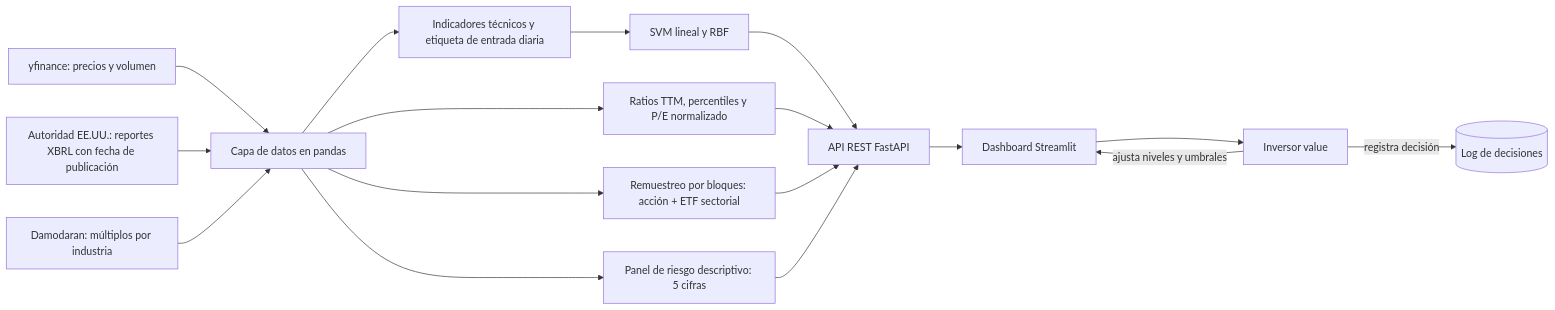
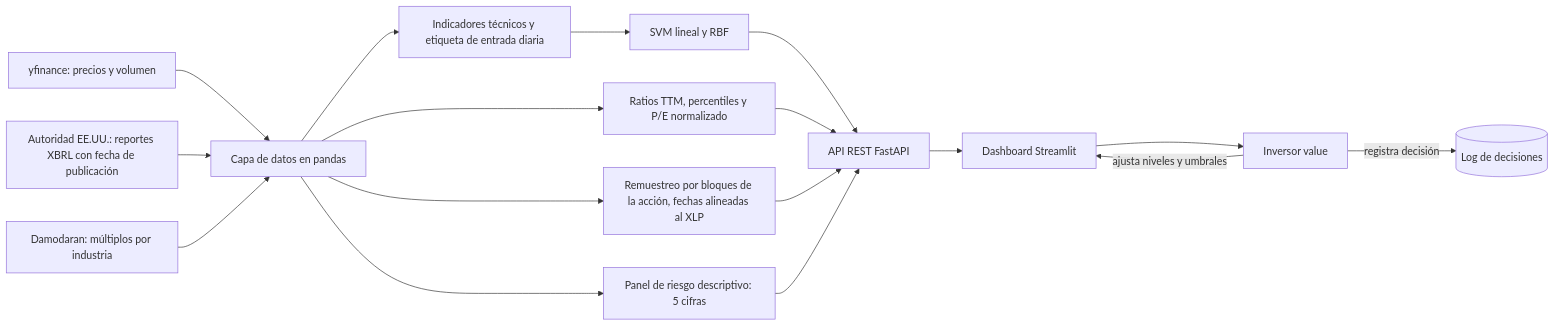
Before and after one commit to louis97/asistente-financiero: the diagram in docs/entrega_1/02_ideacion.md, drawn with Mermaid. The commit also changed other lines of this file and 6 other files, not shown here.

Commit message:
fix: correcciones de la entrega 1, fase borrador (organización, niveles, enfoque, calidad con cifras y XLP solo alinea fechas)

````diff
--- a/docs/entrega_1/02_ideacion.md
+++ b/docs/entrega_1/02_ideacion.md
@@ -94,19 +110,19 @@
 ```mermaid
 flowchart LR
     A1[yfinance: precios y volumen] --> D[Capa de datos en pandas]
     A2[Autoridad EE.UU.: reportes XBRL con fecha de publicación] --> D
     A3[Damodaran: múltiplos por industria] --> D
     D --> M1[Indicadores técnicos y etiqueta de entrada diaria]
     D --> M2[Ratios TTM, percentiles y P/E normalizado]
-    D --> M3[Remuestreo por bloques: acción + ETF sectorial]
+    D --> M3[Remuestreo por bloques de la acción, fechas alineadas al XLP]
     D --> M4[Panel de riesgo descriptivo: 5 cifras]
     M1 --> S[SVM lineal y RBF]
     S --> API[API REST FastAPI]
     M2 --> API
     M3 --> API
     M4 --> API
     API --> UI[Dashboard Streamlit]
     UI --> U[Inversor value]
     U -->|ajusta niveles y umbrales| UI
     U -->|registra decisión| L[(Log de decisiones)]
 ```
````
